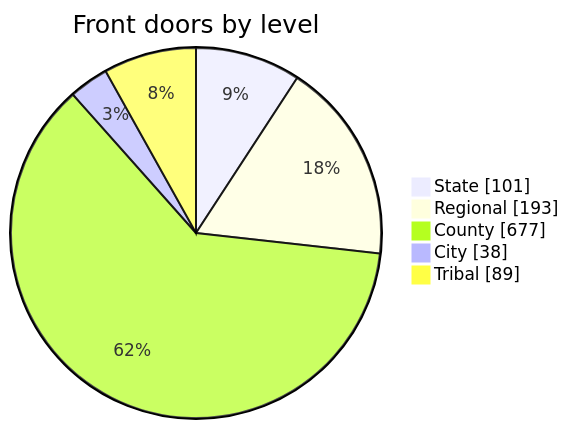
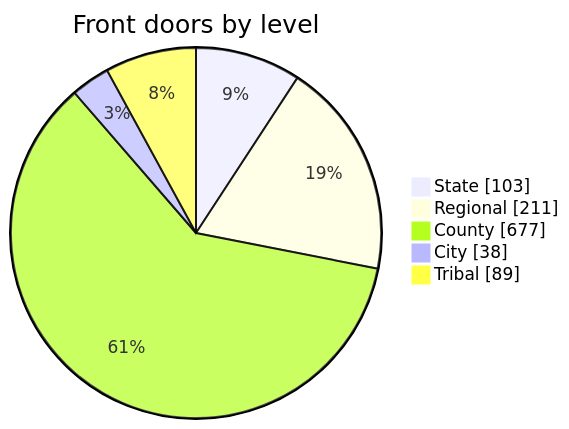
The second of 3 diagrams in docs/us-survey-plan.md (jamiegannaway/kinderform), drawn with Mermaid before and after one commit. The commit also changed other lines of this file and 1 other file, not shown here.

````diff
--- a/docs/us-survey-plan.md
+++ b/docs/us-survey-plan.md
@@ -56,8 +56,8 @@
 ```mermaid
 pie showData title Front doors by level
-    "State" : 101
-    "Regional" : 193
+    "State" : 103
+    "Regional" : 211
     "County" : 677
     "City" : 38
     "Tribal" : 89
 ```
````
